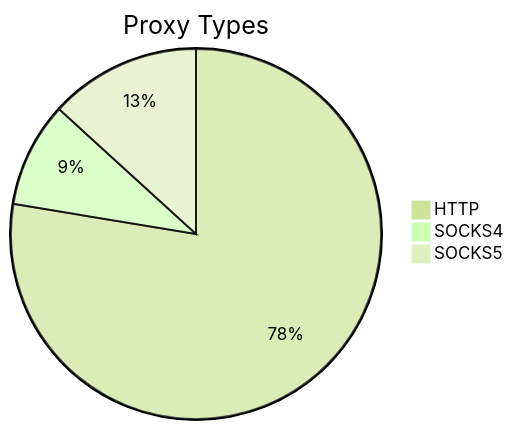
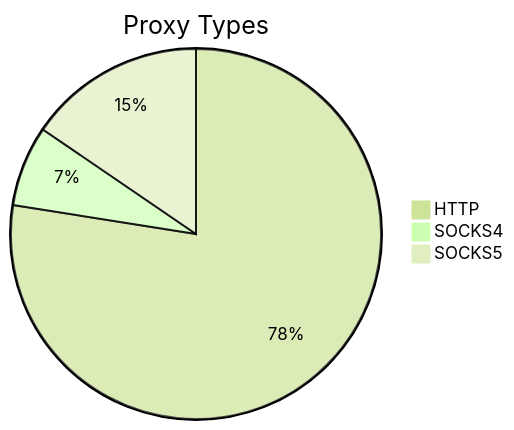
One commit to stormsia/proxy-list changed the first of 2 diagrams in README.md. Above: the diagram before and after it, drawn with Mermaid (forest theme). The commit also changed other lines of this file, not shown here.

````diff
--- a/README.md
+++ b/README.md
@@ -21,6 +21,6 @@
 ```mermaid
 pie title Proxy Types
-    "HTTP" : 610
-    "SOCKS4" : 72
-    "SOCKS5" : 104
+    "HTTP" : 496
+    "SOCKS4" : 45
+    "SOCKS5" : 99
 ```
````
